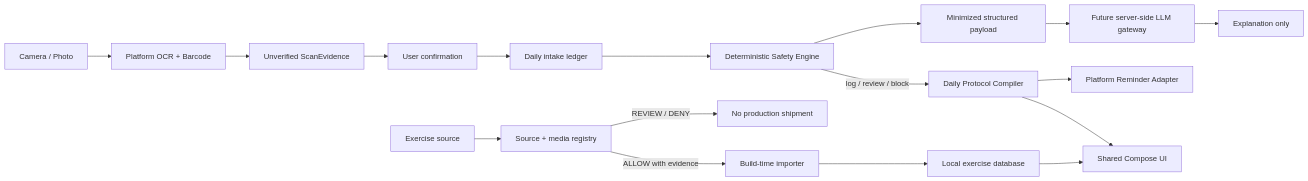
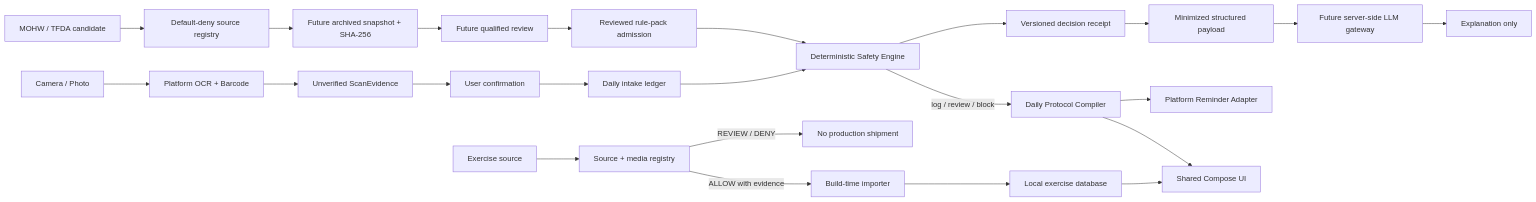
Before and after one commit to ed3c/gym-come-true: the diagram in README.md, drawn with Mermaid. The commit also changed other lines of this file, not shown here.

Commit message:
docs: index Taiwan evidence stack and state machine

````diff
--- a/README.md
+++ b/README.md
@@ -50,20 +80,27 @@
 ```mermaid
 flowchart LR
     Camera[Camera / Photo] --> OCR[Platform OCR + Barcode]
     OCR --> Evidence[Unverified ScanEvidence]
     Evidence --> Confirm[User confirmation]
     Confirm --> Ledger[Daily intake ledger]
     Ledger --> Rules[Deterministic Safety Engine]
     Rules -->|log / review / block| Protocol[Daily Protocol Compiler]
     Protocol --> UI[Shared Compose UI]
     Protocol --> Reminder[Platform Reminder Adapter]
-    Rules --> SafePayload[Minimized structured payload]
+    Rules --> Receipt[Versioned decision receipt]
+    Receipt --> SafePayload[Minimized structured payload]
     SafePayload --> Gateway[Future server-side LLM gateway]
     Gateway --> Explain[Explanation only]
+
+    TaiwanSource[MOHW / TFDA candidate] --> SourceRegistry[Default-deny source registry]
+    SourceRegistry --> Snapshot[Future archived snapshot + SHA-256]
+    Snapshot --> Review[Future qualified review]
+    Review --> Pack[Reviewed rule-pack admission]
+    Pack --> Rules
 
     Source[Exercise source] --> Registry[Source + media registry]
     Registry -->|ALLOW with evidence| Import[Build-time importer]
     Registry -->|REVIEW / DENY| Quarantine[No production shipment]
     Import --> ExerciseDB[Local exercise database]
     ExerciseDB --> UI
 ```
````
